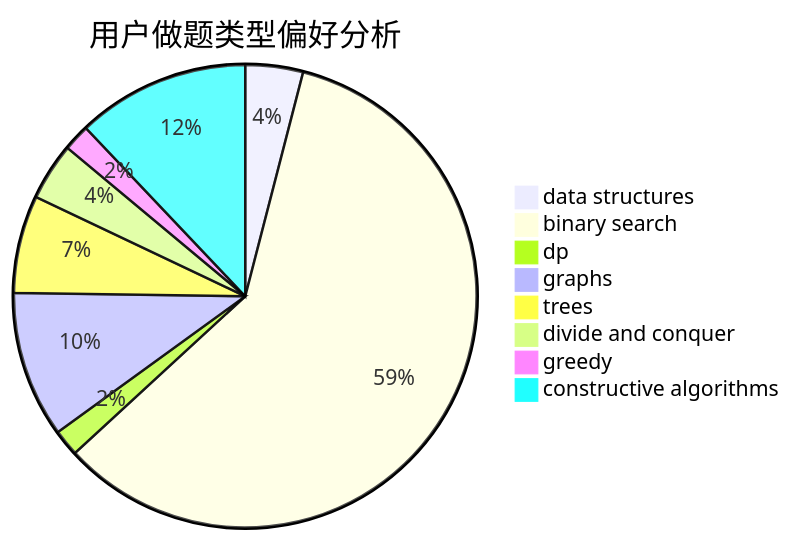
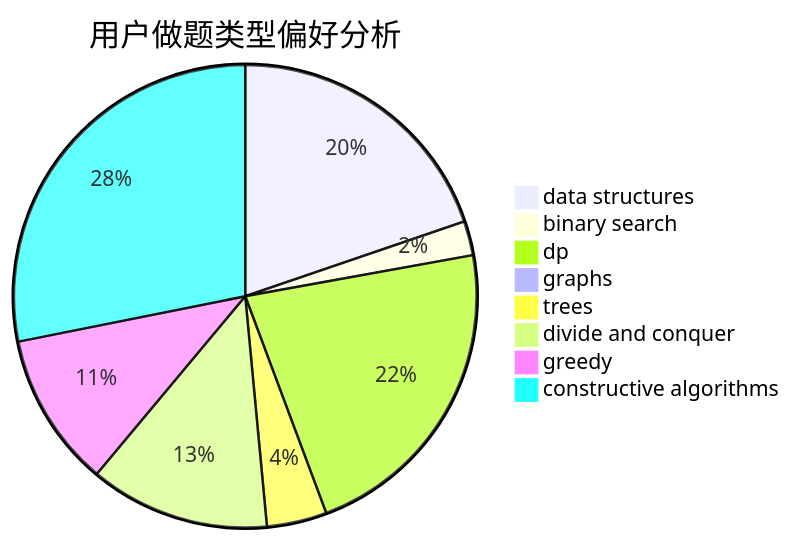
Before and after one commit to sherpahu/cfrs.github.io: the second of 3 diagrams in docs/user/u2545.md, drawn with Mermaid. The commit also changed other lines of this file and 2770 other files, not shown here.

````diff
--- a/docs/user/u2545.md
+++ b/docs/user/u2545.md
@@ -23,11 +23,11 @@
 ```mermaid
 pie title 用户做题类型偏好分析
-    "data structures" :  13
-    "binary search" :  191
-    "dp" :  6
-    "graphs" :  33
-    "trees" :  22
-    "divide and conquer" :  13
-    "greedy" :  6
-    "constructive algorithms" :  39
+    "data structures" :  33
+    "binary search" :  4
+    "dp" :  37
+    "graphs" :  1
+    "trees" :  7
+    "divide and conquer" :  21
+    "greedy" :  18
+    "constructive algorithms" :  47
 ```
````
